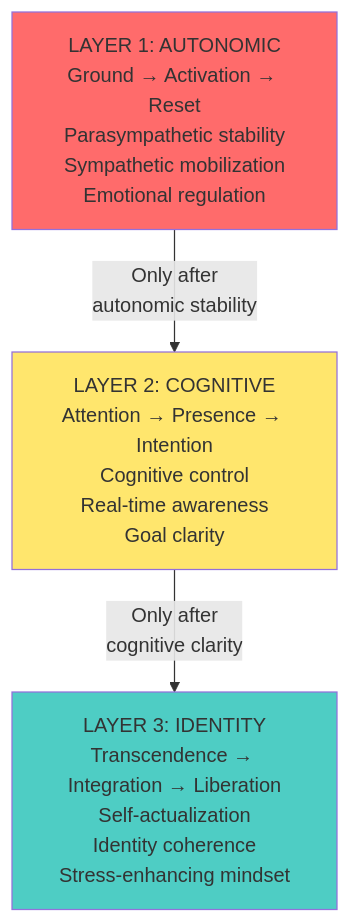
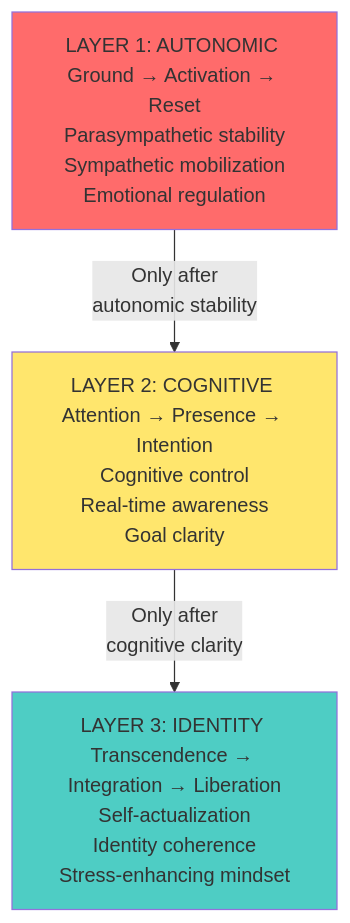
The seventh of 11 diagrams in docs/elevation-grid/elevation-grid-visualizations.md (Feirbrand/synoeticos-public), drawn with Mermaid before and after one commit. The commit also changed other lines of this file and 10 other files, not shown here.

```diff
--- a/docs/elevation-grid/elevation-grid-visualizations.md
+++ b/docs/elevation-grid/elevation-grid-visualizations.md
@@ -150,15 +150,15 @@
 <div class="mermaid">
 graph TD
-    L1["LAYER 1: AUTONOMIC<br/>Ground → Activation → Reset<br/>Parasympathetic stability<br/>Sympathetic mobilization<br/>Emotional regulation"]
+    L1["LAYER 1: AUTONOMIC <br/>Ground → Activation → Reset<br/>Parasympathetic stability<br/>Sympathetic mobilization<br/>Emotional regulation"]
     
-    L2["LAYER 2: COGNITIVE<br/>Attention → Presence → Intention<br/>Cognitive control<br/>Real-time awareness<br/>Goal clarity"]
+    L2["LAYER 2: COGNITIVE <br/>Attention → Presence → Intention<br/>Cognitive control<br/>Real-time awareness<br/>Goal clarity"]
     
-    L3["LAYER 3: IDENTITY<br/>Transcendence → Integration → Liberation<br/>Self-actualization<br/>Identity coherence<br/>Stress-enhancing mindset"]
+    L3["LAYER 3: IDENTITY <br/>Transcendence → Integration → Liberation<br/>Self-actualization<br/>Identity coherence<br/>Stress-enhancing mindset"]
     
     L1 -->|"Only after<br/>autonomic stability"| L2
     L2 -->|"Only after<br/>cognitive clarity"| L3
     
     style L1 fill:#ff6b6b
     style L2 fill:#ffe66d
     style L3 fill:#4ecdc4
 </div>
```
